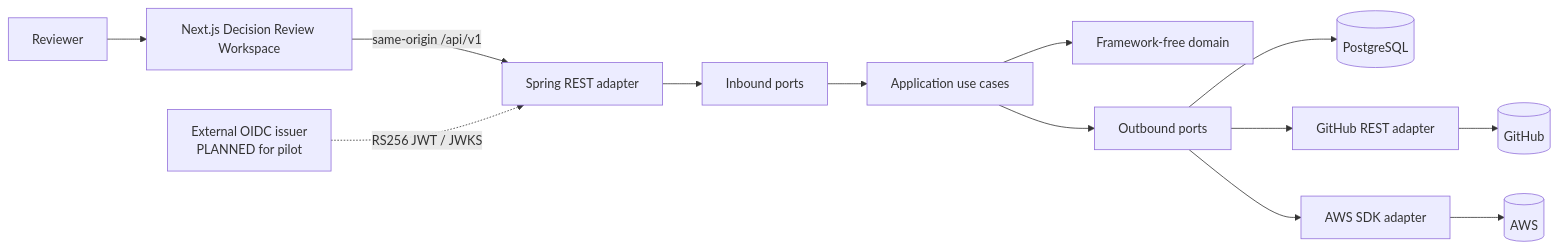
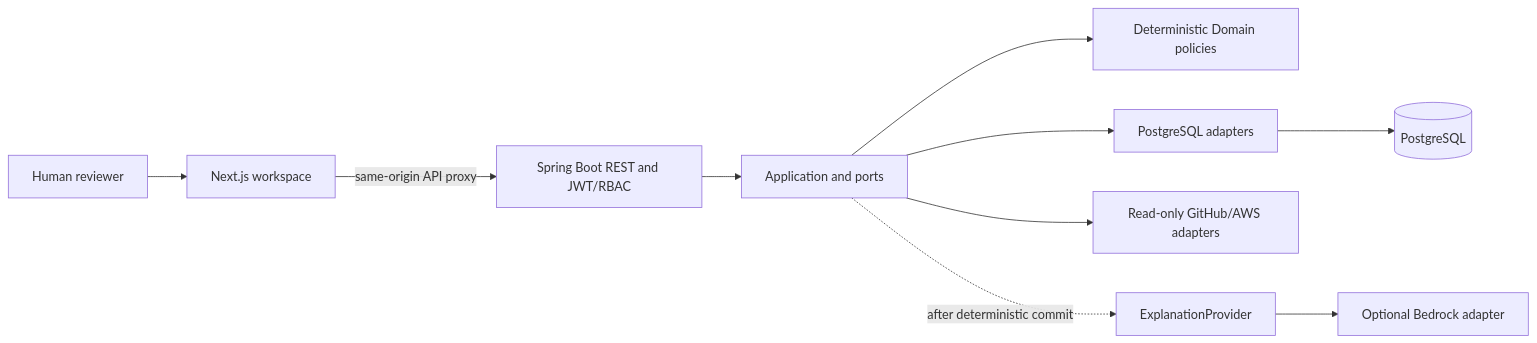
Before and after one commit to Dmillan-dev/ImperatorProyect: the diagram in README.md, drawn with Mermaid. The commit also changed other lines of this file and 599 other files, not shown here.

````diff
--- a/README.md
+++ b/README.md
@@ -129,15 +137,12 @@
 ```mermaid
 flowchart LR
-    Reviewer[Reviewer] --> Workspace[Next.js Decision Review Workspace]
-    Workspace -->|same-origin /api/v1| REST[Spring REST adapter]
-    IdP[External OIDC issuer<br/>PLANNED for pilot] -. RS256 JWT / JWKS .-> REST
-    REST --> Input[Inbound ports]
-    Input --> App[Application use cases]
-    App --> Domain[Framework-free domain]
-    App --> Output[Outbound ports]
-    Output --> PG[(PostgreSQL)]
-    Output --> GitHub[GitHub REST adapter]
-    Output --> AWS[AWS SDK adapter]
-    GitHub --> GH[(GitHub)]
-    AWS --> Cloud[(AWS)]
+    Reviewer[Human reviewer] --> Web[Next.js workspace]
+    Web -->|same-origin API proxy| API[Spring Boot REST and JWT/RBAC]
+    API --> App[Application and ports]
+    App --> Domain[Deterministic Domain policies]
+    App --> JDBC[PostgreSQL adapters]
+    JDBC --> DB[(PostgreSQL)]
+    App --> Connectors[Read-only GitHub/AWS adapters]
+    App -. after deterministic commit .-> Explain[ExplanationProvider]
+    Explain --> Bedrock[Optional Bedrock adapter]
 ```
````
